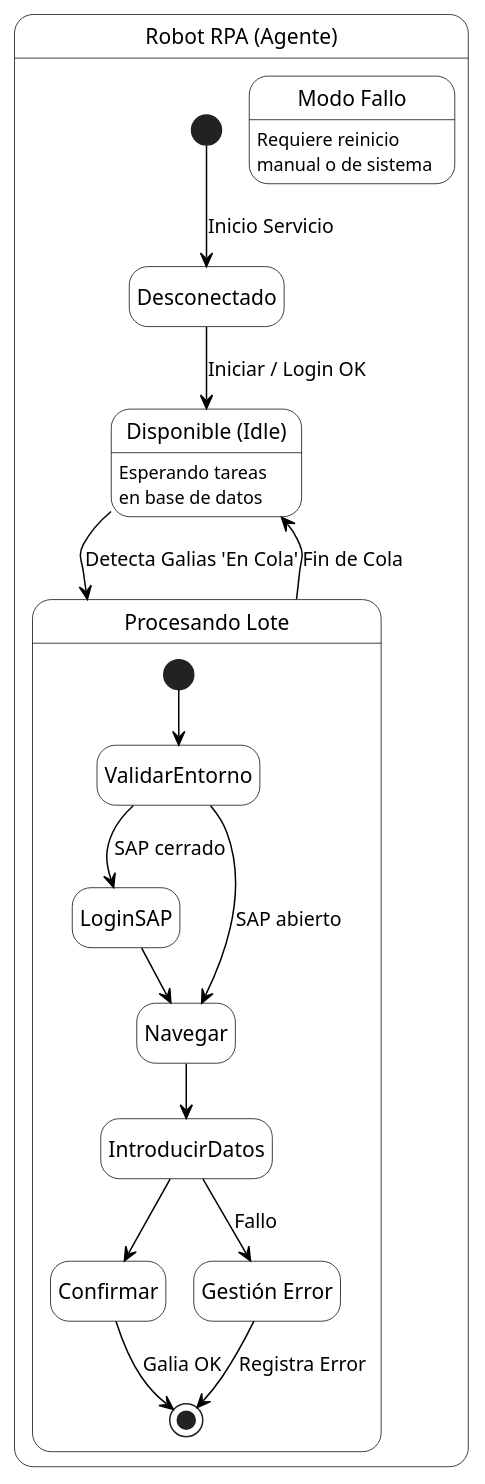
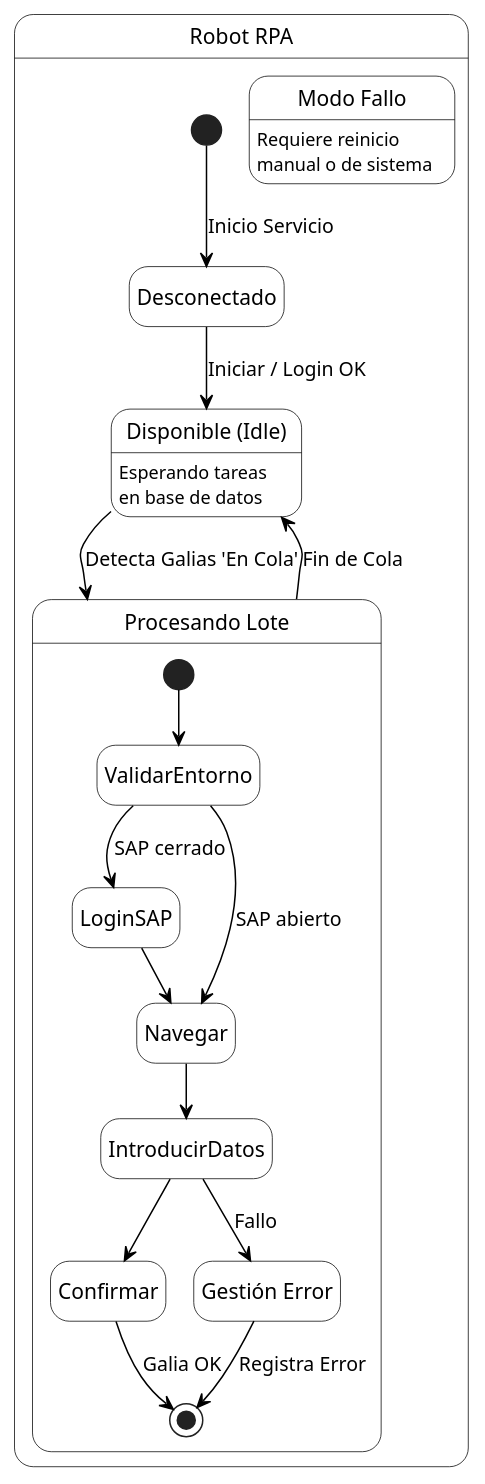
The diagram in docs/03_diagramas/puml/estados_robot.puml (Dievex/TFG_25-26), drawn with PlantUML before and after one commit. The commit also changed 8 other files, not shown here.

```diff
--- a/docs/03_diagramas/puml/estados_robot.puml
+++ b/docs/03_diagramas/puml/estados_robot.puml
@@ -1,38 +1,38 @@
 @startuml
 hide empty description
 skinparam state {
   BackgroundColor White
   BorderColor Black
   ArrowColor Black
 }
 
-state "Robot RPA (Agente)" as RobotContainer {
+state "Robot RPA" as RobotContainer {
     [*] --> Desconectado : Inicio Servicio
 
     state "Desconectado" as Desconectado
     
     state "Disponible (Idle)" as Idle : Esperando tareas\nen base de datos
 
     state "Procesando Lote" as Working {
         [*] --> ValidarEntorno
         ValidarEntorno --> LoginSAP : SAP cerrado
         ValidarEntorno --> Navegar : SAP abierto
         LoginSAP --> Navegar
         
         Navegar --> IntroducirDatos
         IntroducirDatos --> Confirmar
         Confirmar --> [*] : Galia OK
         
         state "Gestión Error" as ErrorHandle
         IntroducirDatos --> ErrorHandle : Fallo
         ErrorHandle --> [*] : Registra Error
     }
 
     state "Modo Fallo" as SystemError : Requiere reinicio\nmanual o de sistema
 
     Desconectado --> Idle : Iniciar / Login OK
     Idle --> Working : Detecta Galias 'En Cola'
     Working --> Idle : Fin de Cola
 
 }
 @enduml
```
